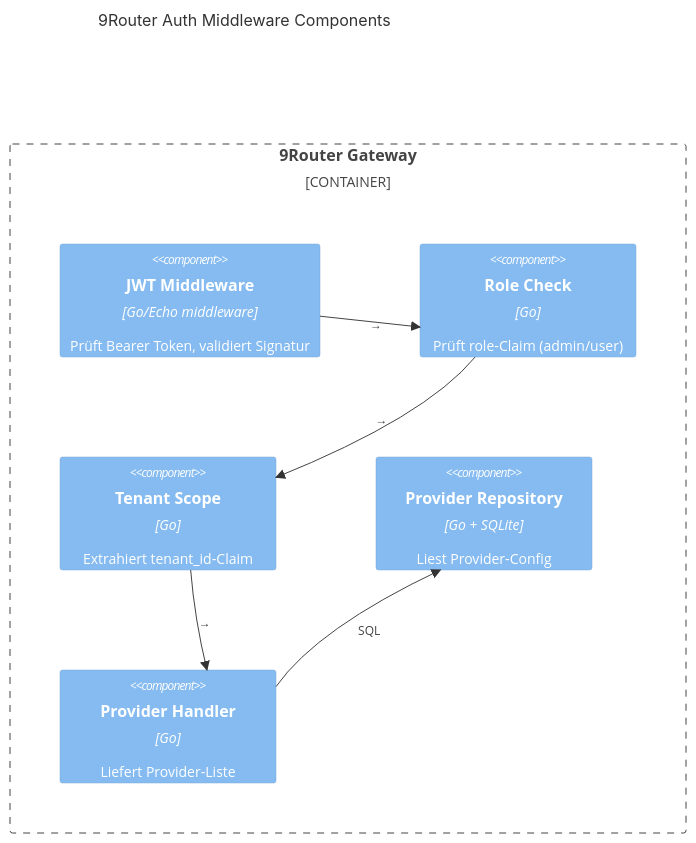
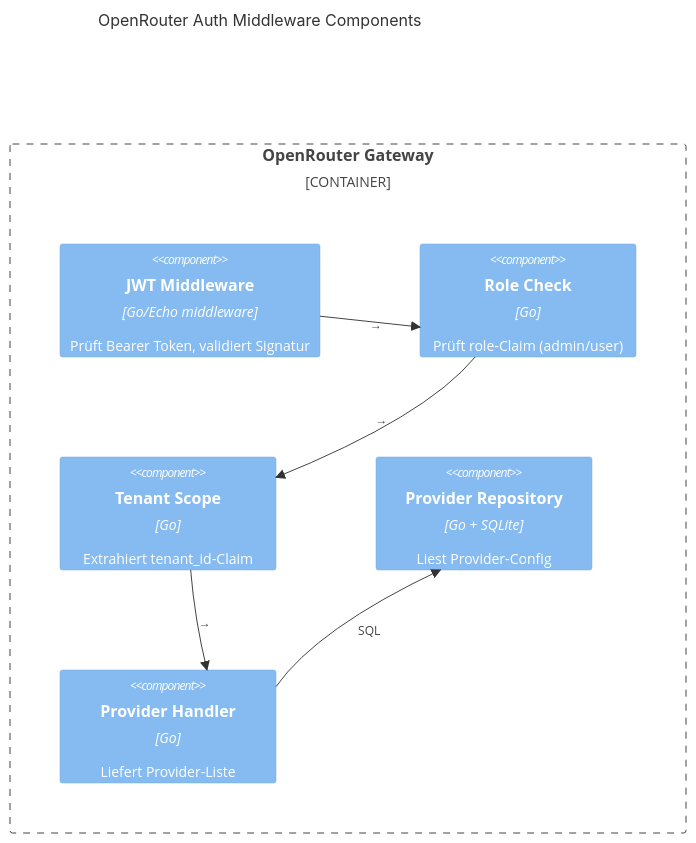
Before and after one commit to NeXify-AI-by-NeXify-Chat-it-Automat-it/nexifyai-platform: the fourth of 4 diagrams in docs/architecture/ADR-102-9router-auth-flow.md, drawn with Mermaid. The commit also changed other lines of this file and 55 other files, not shown here.

First line of the commit message:
feat(cleanup): 9Router removal + system-wide OpenRouter migration

````diff
--- a/docs/architecture/ADR-102-9router-auth-flow.md
+++ b/docs/architecture/ADR-102-9router-auth-flow.md
@@ -72,15 +72,15 @@
 ```mermaid
 C4Component
-  title 9Router Auth Middleware Components
-  Container_Boundary(9router, "9Router Gateway") {
+  title OpenRouter Auth Middleware Components
+  Container_Boundary(OpenRouter, "OpenRouter Gateway") {
     Component(jwtMid, "JWT Middleware", "Go/Echo middleware", "Prüft Bearer Token, validiert Signatur")
     Component(roleCheck, "Role Check", "Go", "Prüft role‑Claim (admin/user)")
     Component(tenantCheck, "Tenant Scope", "Go", "Extrahiert tenant_id‑Claim")
     Component(sqlProvider, "Provider Repository", "Go + SQLite", "Liest Provider‑Config")
     Component(handler, "Provider Handler", "Go", "Liefert Provider‑Liste")
   }
   Rel(jwtMid, roleCheck, "→")
   Rel(roleCheck, tenantCheck, "→")
   Rel(tenantCheck, handler, "→")
   Rel(handler, sqlProvider, "SQL")
 ```
````
